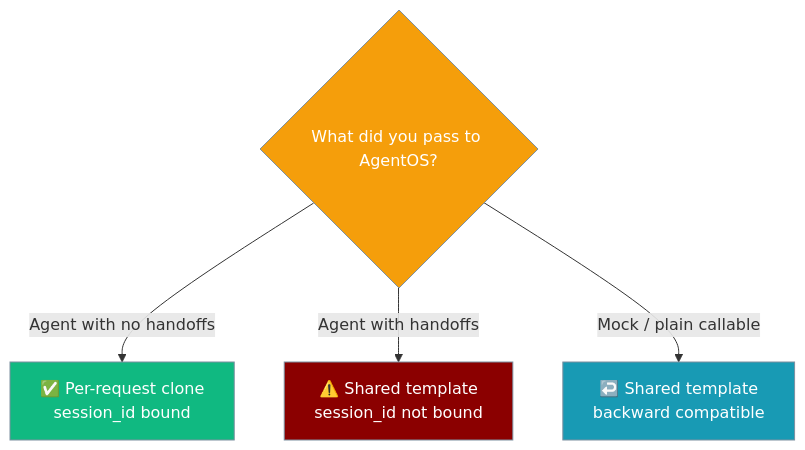
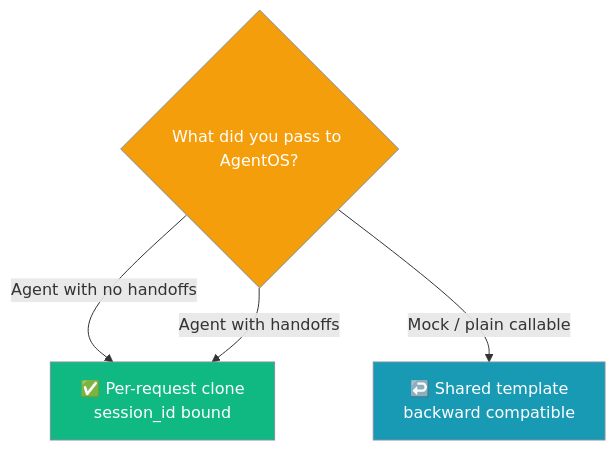
One commit to MervinPraison/PraisonAIDocs changed the third of 3 diagrams in docs/features/agentos-chat-session-isolation.mdx. Above: the diagram before and after it, drawn with Mermaid. The commit also changed other lines of this file and 3 other files, not shown here.

````diff
--- a/docs/features/agentos-chat-session-isolation.mdx
+++ b/docs/features/agentos-chat-session-isolation.mdx
@@ -136,17 +136,15 @@
 ```mermaid
 graph TB
     Q{What did you pass to AgentOS?} 
     Q -->|Agent with no handoffs| Clone["✅ Per-request clone<br/>session_id bound"]
-    Q -->|Agent with handoffs| Shared["⚠️ Shared template<br/>session_id not bound"]
+    Q -->|Agent with handoffs| Clone
     Q -->|Mock / plain callable| Fallback["↩️ Shared template<br/>backward compatible"]
 
     classDef question fill:#F59E0B,stroke:#7C90A0,color:#fff
     classDef safe fill:#10B981,stroke:#7C90A0,color:#fff
-    classDef warn fill:#8B0000,stroke:#7C90A0,color:#fff
     classDef option fill:#189AB4,stroke:#7C90A0,color:#fff
 
     class Q question
     class Clone safe
-    class Shared warn
     class Fallback option
 ```
````
